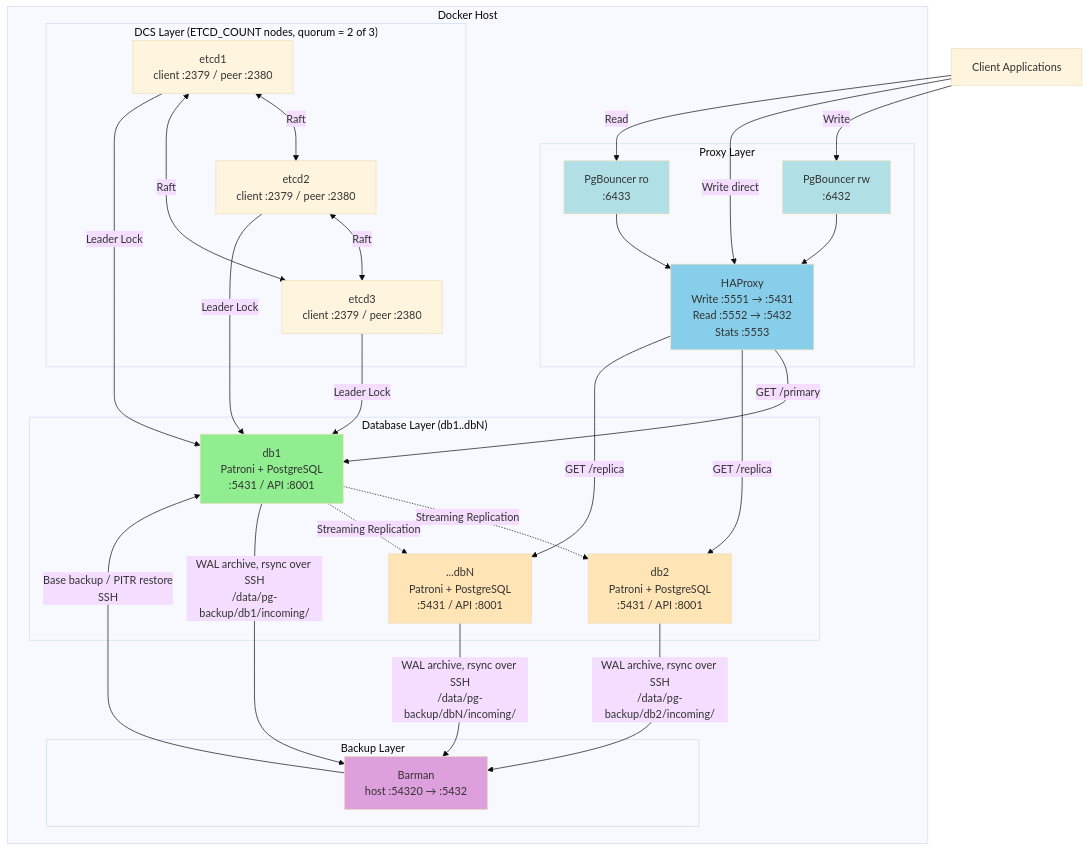
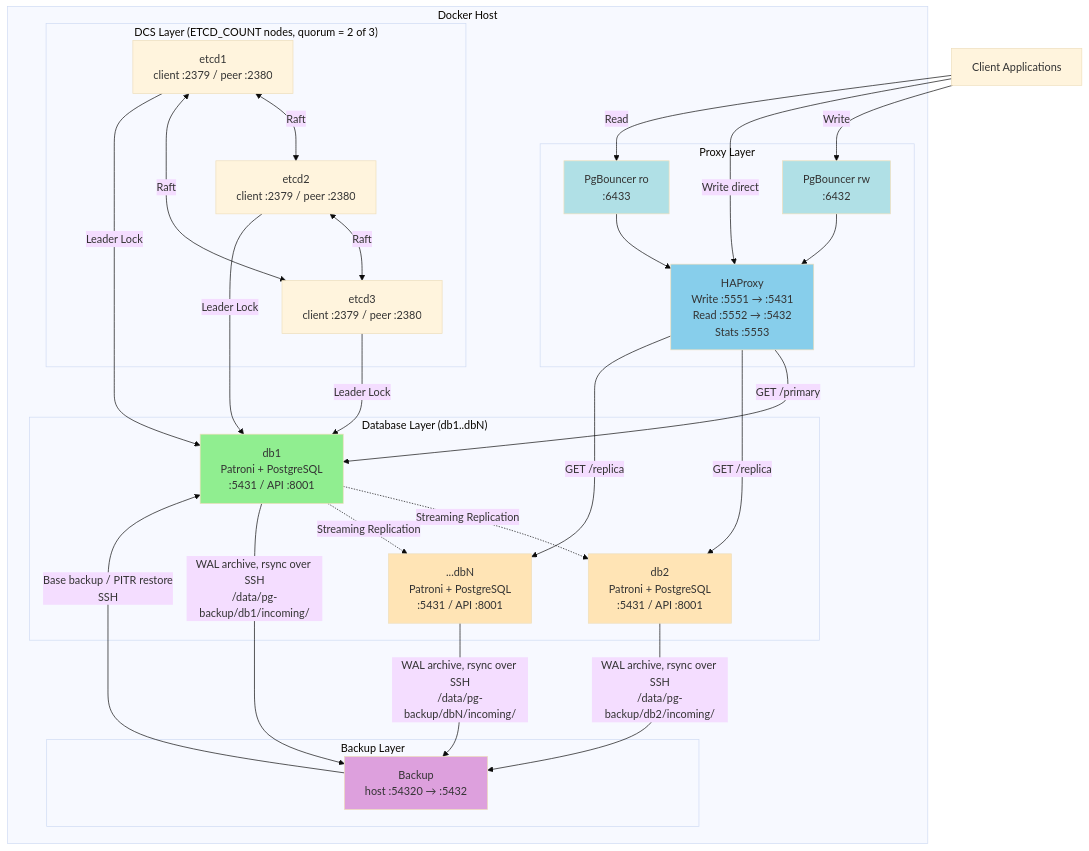
One commit to maborak/patroni-ha-dockerized changed the first of 5 diagrams in docs/architecture.md. Above: the diagram before and after it, drawn with Mermaid (base theme). The commit also changed other lines of this file and 55 other files, not shown here.

First line of the commit message:
Pluggable backup tooling: BACKUP_TOOL=barman|pgbackrest; service renamed to 'backup'

````diff
--- a/docs/architecture.md
+++ b/docs/architecture.md
@@ -20,57 +20,57 @@
 ```mermaid
 graph TB
     subgraph "Docker Host"
         subgraph "DCS Layer (ETCD_COUNT nodes, quorum = 2 of 3)"
             E1[etcd1<br/>client :2379 / peer :2380]
             E2[etcd2<br/>client :2379 / peer :2380]
             E3[etcd3<br/>client :2379 / peer :2380]
             E1 <-->|Raft| E2
             E2 <-->|Raft| E3
             E1 <-->|Raft| E3
         end
 
         subgraph "Database Layer (db1..dbN)"
             D1[db1<br/>Patroni + PostgreSQL<br/>:5431 / API :8001]
             D2[db2<br/>Patroni + PostgreSQL<br/>:5431 / API :8001]
             DN[...dbN<br/>Patroni + PostgreSQL<br/>:5431 / API :8001]
 
             D1 -.->|Streaming Replication| D2
             D1 -.->|Streaming Replication| DN
         end
 
         subgraph "Proxy Layer"
             PGB1[PgBouncer rw<br/>:6432]
             PGB2[PgBouncer ro<br/>:6433]
             HAP[HAProxy<br/>Write :5551 → :5431<br/>Read :5552 → :5432<br/>Stats :5553]
             PGB1 --> HAP
             PGB2 --> HAP
         end
 
         subgraph "Backup Layer"
-            BAR[Barman<br/>host :54320 → :5432]
+            BAR[Backup<br/>host :54320 → :5432]
         end
 
         E1 -->|Leader Lock| D1
         E2 -->|Leader Lock| D1
         E3 -->|Leader Lock| D1
         HAP -->|GET /primary| D1
         HAP -->|GET /replica| D2
         HAP -->|GET /replica| DN
         D1 -->|WAL archive, rsync over SSH<br/>/data/pg-backup/db1/incoming/| BAR
         D2 -->|WAL archive, rsync over SSH<br/>/data/pg-backup/db2/incoming/| BAR
         DN -->|WAL archive, rsync over SSH<br/>/data/pg-backup/dbN/incoming/| BAR
         BAR -->|Base backup / PITR restore<br/>SSH| D1
     end
 
     CLIENT[Client Applications] -->|Write| PGB1
     CLIENT -->|Write direct| HAP
     CLIENT -->|Read| PGB2
 
     style D1 fill:#90EE90
     style D2 fill:#FFE4B5
     style DN fill:#FFE4B5
     style HAP fill:#87CEEB
     style PGB1 fill:#B0E0E6
     style PGB2 fill:#B0E0E6
     style BAR fill:#DDA0DD
 ```
````
